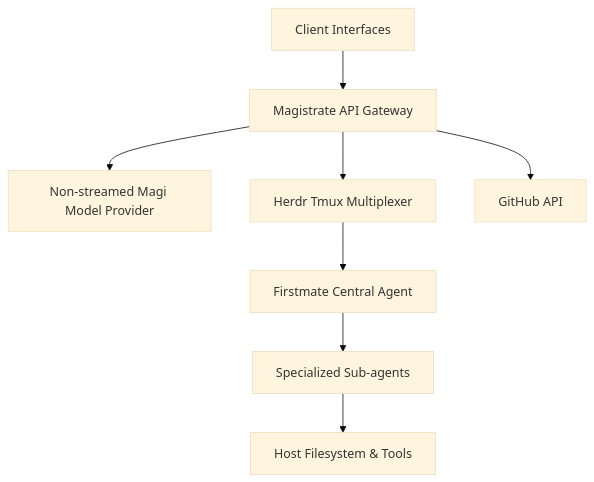
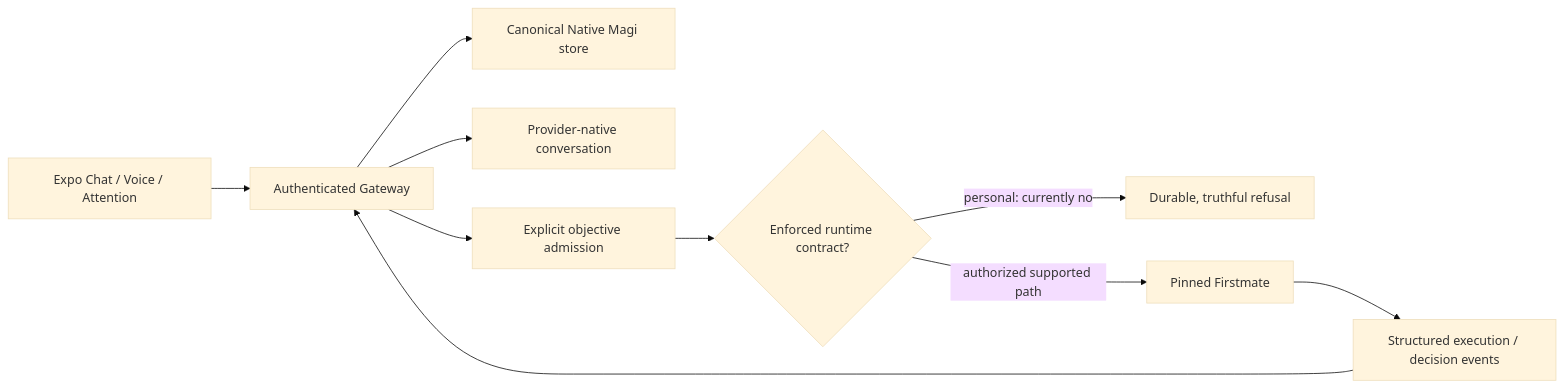
Before and after one commit to calvin-rutherford/Magistrate: the diagram in README.md, drawn with Mermaid (base theme). The commit also changed other lines of this file and 22 other files, not shown here.

````diff
--- a/README.md
+++ b/README.md
@@ -19,10 +30,12 @@
 ```mermaid
-graph TD
-    Client[Client Interfaces] --> Gateway[Magistrate API Gateway]
-    Gateway --> Model[Non-streamed Magi Model Provider]
-    Gateway --> Multiplexer[Herdr Tmux Multiplexer]
-    Gateway --> GitHub[GitHub API]
-    Multiplexer --> Firstmate[Firstmate Central Agent]
-    Firstmate --> Subagents[Specialized Sub-agents]
-    Subagents --> Host[Host Filesystem & Tools]
+flowchart LR
+  Client[Expo Chat / Voice / Attention] --> Gateway[Authenticated Gateway]
+  Gateway --> Chat[Canonical Native Magi store]
+  Gateway --> Provider[Provider-native conversation]
+  Gateway --> Admission[Explicit objective admission]
+  Admission --> Gate{Enforced runtime contract?}
+  Gate -->|personal: currently no| Refusal[Durable, truthful refusal]
+  Gate -->|authorized supported path| Firstmate[Pinned Firstmate]
+  Firstmate --> Events[Structured execution / decision events]
+  Events --> Gateway
 ```
````
